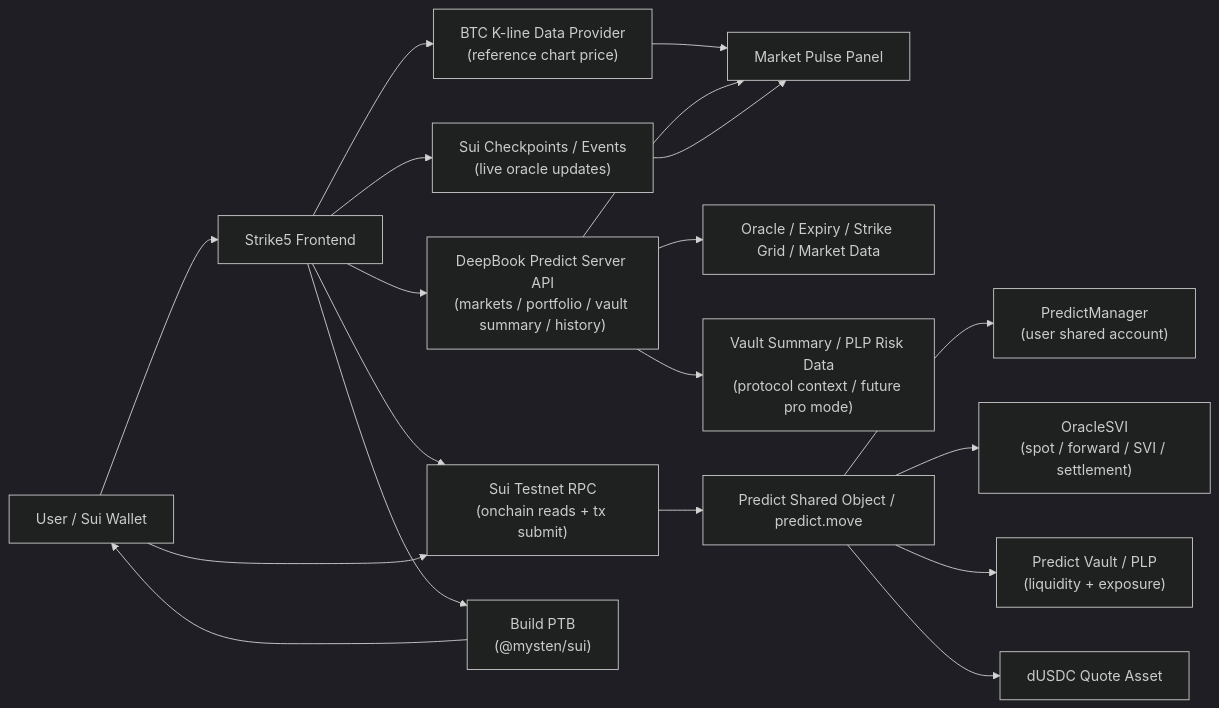
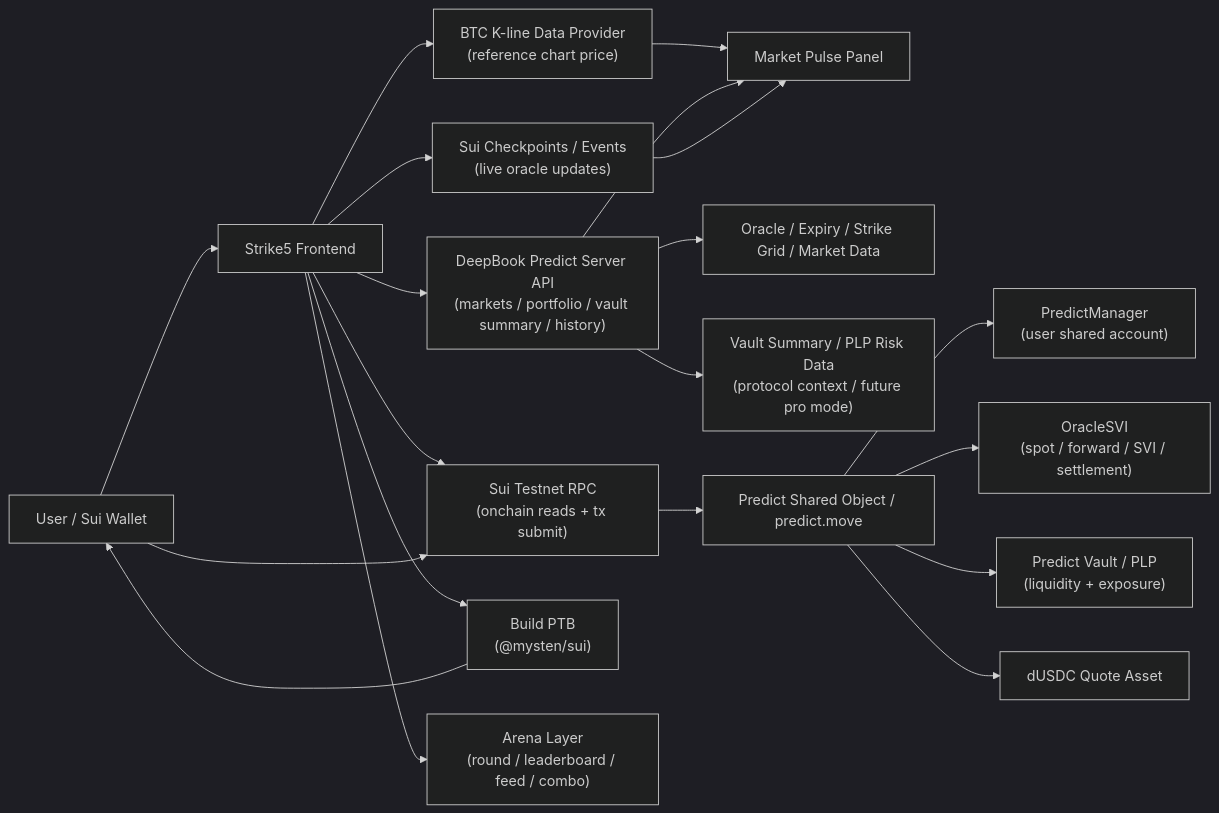
Before and after one commit to big-dudu-mosty/Strike5: the first of 2 diagrams in docs/technical/architecture.md, drawn with Mermaid (dark theme). The commit also changed other lines of this file and 8 other files, not shown here.

````diff
--- a/docs/technical/architecture.md
+++ b/docs/technical/architecture.md
@@ -27,27 +27,28 @@
 ```mermaid
 flowchart LR
   U["User / Sui Wallet"] --> FE["Strike5 Frontend"]
 
   FE --> Chart["BTC K-line Data Provider<br/>(reference chart price)"]
   FE --> PS["DeepBook Predict Server API<br/>(markets / portfolio / vault summary / history)"]
   FE --> RPC["Sui Testnet RPC<br/>(onchain reads + tx submit)"]
   FE --> EVT["Sui Checkpoints / Events<br/>(live oracle updates)"]
 
   Chart --> MP["Market Pulse Panel"]
   PS --> MP
   EVT --> MP
 
   PS --> OI["Oracle / Expiry / Strike Grid / Market Data"]
   PS --> VS["Vault Summary / PLP Risk Data<br/>(protocol context / future pro mode)"]
 
   FE --> PTB["Build PTB<br/>(@mysten/sui)"]
+  FE --> Arena["Arena Layer<br/>(round / leaderboard / feed / combo)"]
   PTB --> U
   U --> RPC
 
   RPC --> PRED["Predict Shared Object / predict.move"]
 
   PRED --> PM["PredictManager<br/>(user shared account)"]
   PRED --> ORACLE["OracleSVI<br/>(spot / forward / SVI / settlement)"]
   PRED --> VAULT["Predict Vault / PLP<br/>(liquidity + exposure)"]
   PRED --> DUSDC["dUSDC Quote Asset"]
 ```
````
